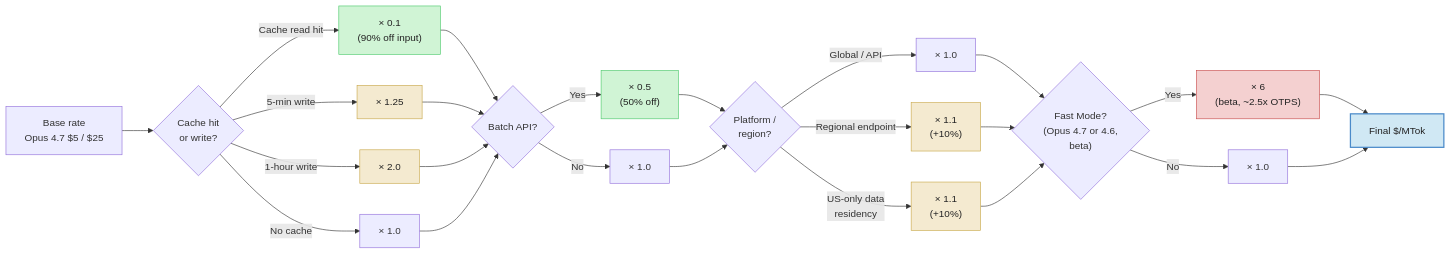
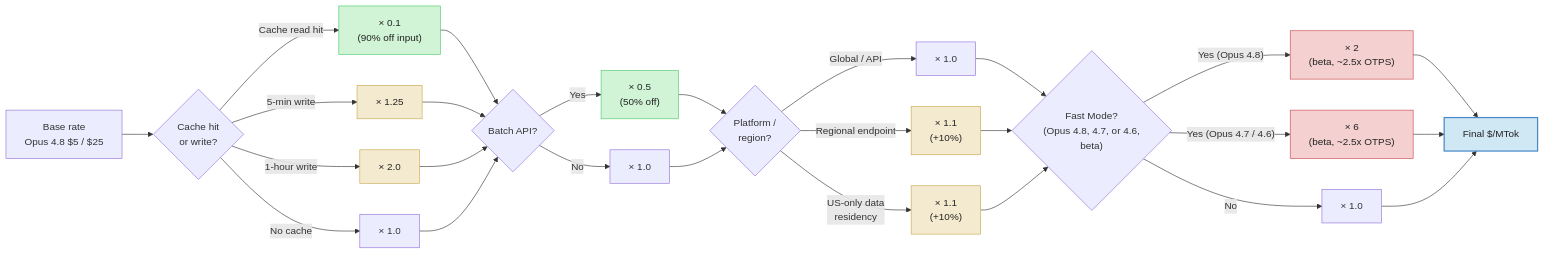
Before and after one commit to Sagargupta16/claude-cost-optimizer: the fifth of 5 diagrams in guides/diagrams.md, drawn with Mermaid. The commit also changed other lines of this file and 40 other files, not shown here.

````diff
--- a/guides/diagrams.md
+++ b/guides/diagrams.md
@@ -206,44 +209,46 @@
 ```mermaid
 flowchart LR
-    base["Base rate<br/>Opus 4.7 $5 / $25"] --> cache{"Cache hit<br/>or write?"}
+    base["Base rate<br/>Opus 4.8 $5 / $25"] --> cache{"Cache hit<br/>or write?"}
 
     cache -- "Cache read hit" --> cacheRead["× 0.1<br/>(90% off input)"]
     cache -- "5-min write" --> write5m["× 1.25"]
     cache -- "1-hour write" --> write1h["× 2.0"]
     cache -- "No cache" --> normal["× 1.0"]
 
     cacheRead --> batch{"Batch API?"}
     write5m --> batch
     write1h --> batch
     normal --> batch
 
     batch -- "Yes" --> batchYes["× 0.5<br/>(50% off)"]
     batch -- "No" --> batchNo["× 1.0"]
 
     batchYes --> region{"Platform /<br/>region?"}
     batchNo --> region
 
     region -- "Global / API" --> regGlobal["× 1.0"]
     region -- "Regional endpoint" --> regRegional["× 1.1<br/>(+10%)"]
     region -- "US-only data<br/>residency" --> regData["× 1.1<br/>(+10%)"]
 
-    regGlobal --> fast{"Fast Mode?<br/>(Opus 4.7 or 4.6,<br/>beta)"}
+    regGlobal --> fast{"Fast Mode?<br/>(Opus 4.8, 4.7, or 4.6,<br/>beta)"}
     regRegional --> fast
     regData --> fast
 
-    fast -- "Yes" --> fastYes["× 6<br/>(beta, ~2.5x OTPS)"]
+    fast -- "Yes (Opus 4.8)" --> fastYes8["× 2<br/>(beta, ~2.5x OTPS)"]
+    fast -- "Yes (Opus 4.7 / 4.6)" --> fastYes["× 6<br/>(beta, ~2.5x OTPS)"]
     fast -- "No" --> fastNo["× 1.0"]
 
-    fastYes --> final["Final $/MTok"]
+    fastYes8 --> final["Final $/MTok"]
+    fastYes --> final
     fastNo --> final
 
     classDef discount fill:#d0f4d5,stroke:#4ac96a,color:#222
     classDef premium fill:#f4ead0,stroke:#c9a84a,color:#222
     classDef expensive fill:#f4d0d0,stroke:#c94a4a,color:#222
     classDef result fill:#d0e8f4,stroke:#4a8ac9,stroke-width:2px,color:#222
 
     class cacheRead,batchYes discount
     class write5m,write1h,regRegional,regData premium
-    class fastYes expensive
+    class fastYes8,fastYes expensive
     class final result
 ```
````
